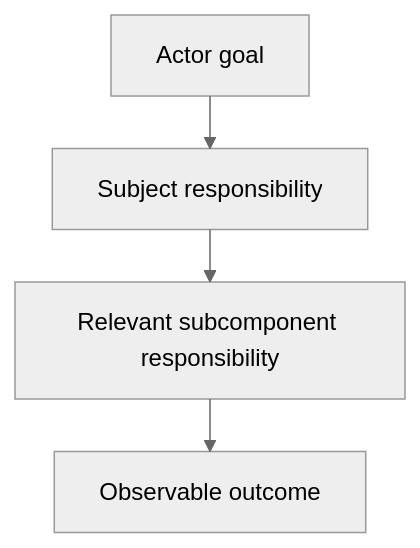
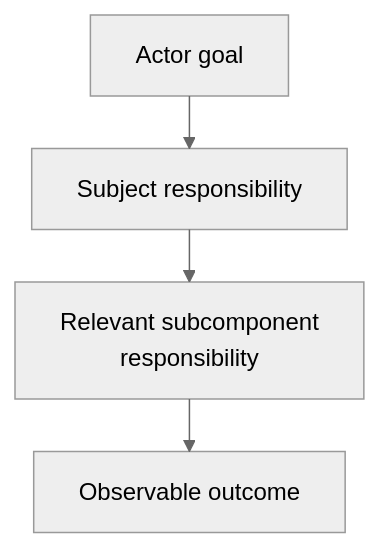
The diagram in skills/designing-mermaid-diagrams/as-is.md (abstract-business-systems/as-is), drawn with Mermaid (neutral theme) before and after one commit. The commit also changed 47 other files, not shown here.

Commit message:
docs(diagrams): improve Mermaid readability validation

````diff
--- a/skills/designing-mermaid-diagrams/as-is.md
+++ b/skills/designing-mermaid-diagrams/as-is.md
@@ -26,10 +26,10 @@
 ```mermaid
 ---
 config:
   layout: elk
 ---
 flowchart TB
     ACTOR["Actor goal"] --> SUBJECT["Subject responsibility"]
-    SUBJECT --> CHILD["Relevant subcomponent responsibility"]
+    SUBJECT --> CHILD["Relevant subcomponent<br/>responsibility"]
     CHILD --> OUTCOME["Observable outcome"]
 ```
````
